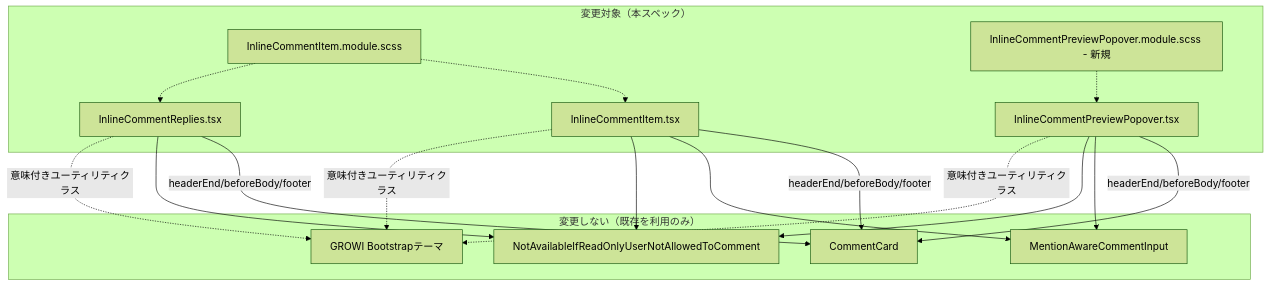
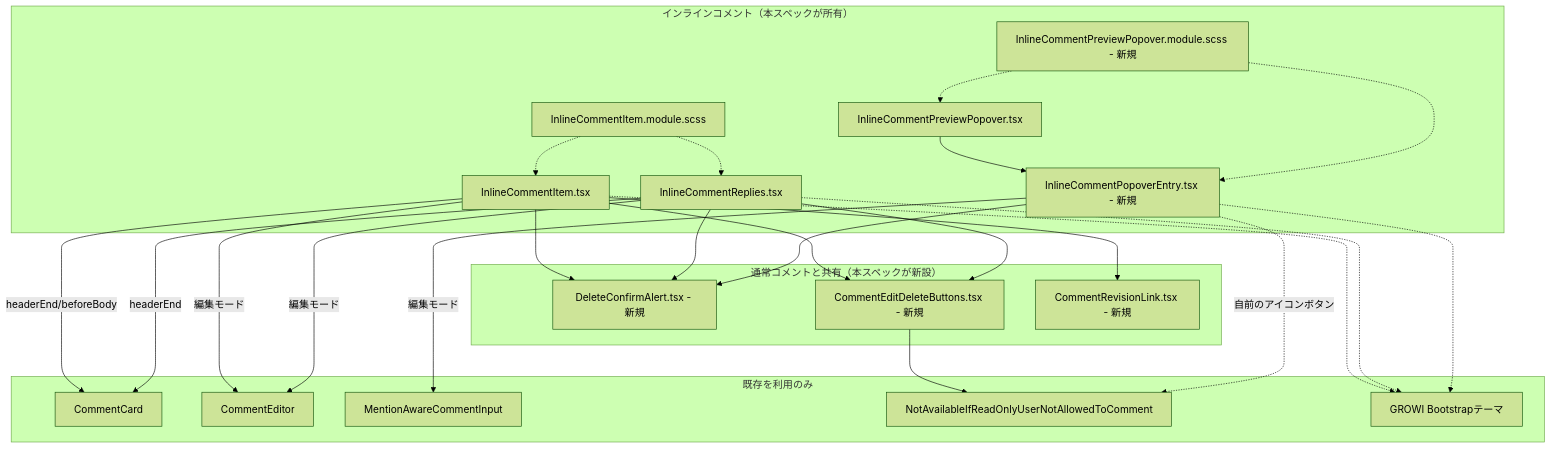
One commit to weseek/growi changed the diagram in .kiro/specs/inline-comment-visual-refresh/design.md. Above: the diagram before and after it, drawn with Mermaid (forest theme). The commit also changed other lines of this file and 5 other files, not shown here.

First line of the commit message:
docs(inline-comment-visual-refresh): clean up spec docs, reconcile with latest fixes

````diff
--- a/.kiro/specs/inline-comment-visual-refresh/design.md
+++ b/.kiro/specs/inline-comment-visual-refresh/design.md
@@ -259,31 +91,45 @@
 ```mermaid
 graph TB
-    subgraph "変更対象（本スペック）"
+    subgraph "インラインコメント（本スペックが所有）"
         Item[InlineCommentItem.tsx]
         Replies[InlineCommentReplies.tsx]
         Popover[InlineCommentPreviewPopover.tsx]
+        Entry[InlineCommentPopoverEntry.tsx - 新規]
         ItemScss[InlineCommentItem.module.scss]
         PopoverScss[InlineCommentPreviewPopover.module.scss - 新規]
     end
-    subgraph "変更しない（既存を利用のみ）"
+    subgraph "通常コメントと共有（本スペックが新設）"
+        DelAlert[DeleteConfirmAlert.tsx - 新規]
+        EditDel[CommentEditDeleteButtons.tsx - 新規]
+        RevLink[CommentRevisionLink.tsx - 新規]
+    end
+    subgraph "既存を利用のみ"
         Card[CommentCard]
+        Editor[CommentEditor]
         Input[MentionAwareCommentInput]
         ReadOnly[NotAvailableIfReadOnlyUserNotAllowedToComment]
         BsTheme[GROWI Bootstrapテーマ]
     end
 
-    Item -->|headerEnd/beforeBody/footer| Card
-    Replies -->|headerEnd/beforeBody/footer| Card
-    Popover -->|headerEnd/beforeBody/footer| Card
-    Item --> Input
-    Popover --> Input
-    Item --> ReadOnly
-    Replies --> ReadOnly
-    Popover --> ReadOnly
-    Item -.->|意味付きユーティリティクラス| BsTheme
-    Replies -.->|意味付きユーティリティクラス| BsTheme
-    Popover -.->|意味付きユーティリティクラス| BsTheme
+    Item -->|headerEnd/beforeBody| Card
+    Replies -->|headerEnd| Card
+    Item -->|編集モード| Editor
+    Replies -->|編集モード| Editor
+    Popover --> Entry
+    Entry -->|編集モード| Input
+    Item --> DelAlert
+    Replies --> DelAlert
+    Entry --> DelAlert
+    Item --> EditDel
+    Replies --> EditDel
+    Item --> RevLink
+    EditDel --> ReadOnly
+    Entry -.->|自前のアイコンボタン| ReadOnly
+    Item -.-> BsTheme
+    Replies -.-> BsTheme
+    Entry -.-> BsTheme
     ItemScss -.-> Item
     ItemScss -.-> Replies
     PopoverScss -.-> Popover
+    PopoverScss -.-> Entry
 ```
````
